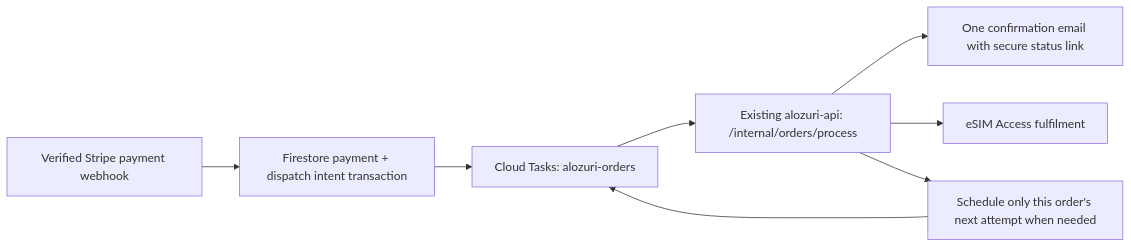
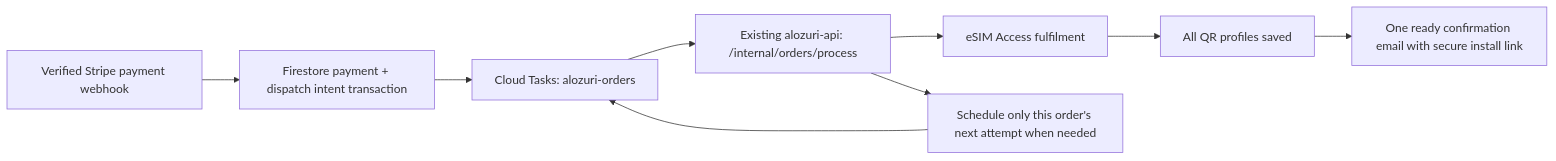
Before and after one commit to RewoloTech/Alozuri-Web: the diagram in docs/order-processing.md, drawn with Mermaid. The commit also changed other lines of this file and 13 other files, not shown here.

````diff
--- a/docs/order-processing.md
+++ b/docs/order-processing.md
@@ -7,10 +7,11 @@
 ```mermaid
 flowchart LR
   Stripe[Verified Stripe payment webhook] --> Payment[Firestore payment + dispatch intent transaction]
   Payment --> Queue[Cloud Tasks: alozuri-orders]
   Queue --> Worker[Existing alozuri-api: /internal/orders/process]
-  Worker --> Email[One confirmation email with secure status link]
   Worker --> Supplier[eSIM Access fulfilment]
+  Supplier --> Ready[All QR profiles saved]
+  Ready --> Email[One ready confirmation email with secure install link]
   Worker --> Retry[Schedule only this order's next attempt when needed]
   Retry --> Queue
 ```
````
